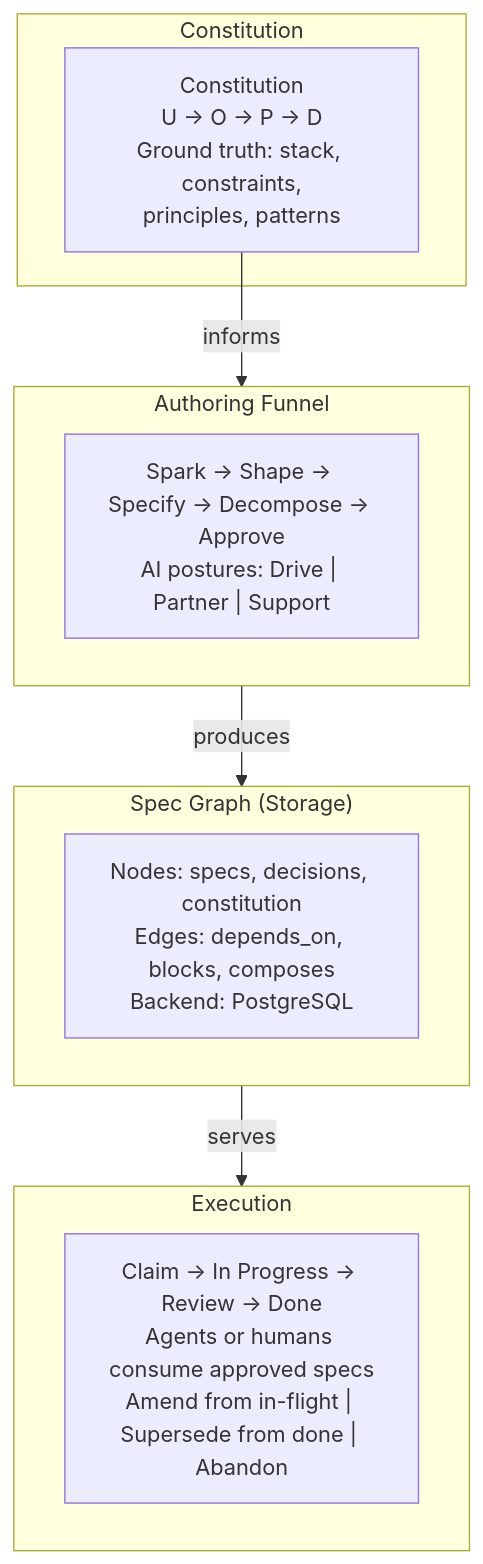
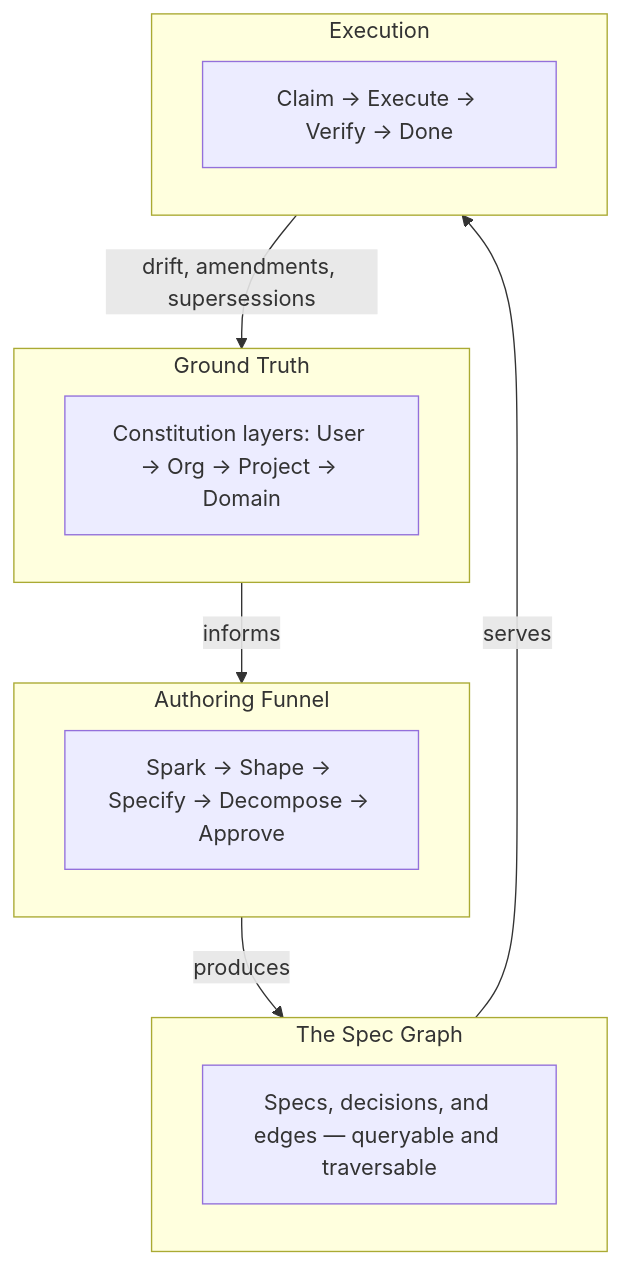
One commit to specgraph/specgraph changed the diagram in site/docs/how-it-works.md. Above: the diagram before and after it, drawn with Mermaid. The commit also changed other lines of this file, not shown here.

````diff
--- a/site/docs/how-it-works.md
+++ b/site/docs/how-it-works.md
@@ -107,22 +203,23 @@
 ```mermaid
 graph TD
-    subgraph Constitution
-        C["Constitution<br/>U → O → P → D<br/>Ground truth: stack, constraints,<br/>principles, patterns"]
+    subgraph GT["Ground Truth"]
+        C["Constitution layers: User → Org → Project → Domain"]
     end
 
     subgraph Funnel["Authoring Funnel"]
-        F["Spark → Shape → Specify → Decompose → Approve<br/>AI postures: Drive | Partner | Support"]
+        F["Spark → Shape → Specify → Decompose → Approve"]
     end
 
-    subgraph Storage["Spec Graph (Storage)"]
-        S["Nodes: specs, decisions, constitution<br/>Edges: depends_on, blocks, composes<br/>Backend: PostgreSQL"]
+    subgraph Graph["The Spec Graph"]
+        S["Specs, decisions, and edges — queryable and traversable"]
     end
 
     subgraph Execution
-        E["Claim → In Progress → Review → Done<br/>Agents or humans consume approved specs<br/>Amend from in-flight | Supersede from done | Abandon"]
+        E["Claim → Execute → Verify → Done"]
     end
 
-    C -->|informs| Funnel
-    Funnel -->|produces| Storage
-    Storage -->|serves| Execution
+    GT -->|informs| Funnel
+    Funnel -->|produces| Graph
+    Graph -->|serves| Execution
+    Execution -->|drift, amendments, supersessions| GT
 ```
````
